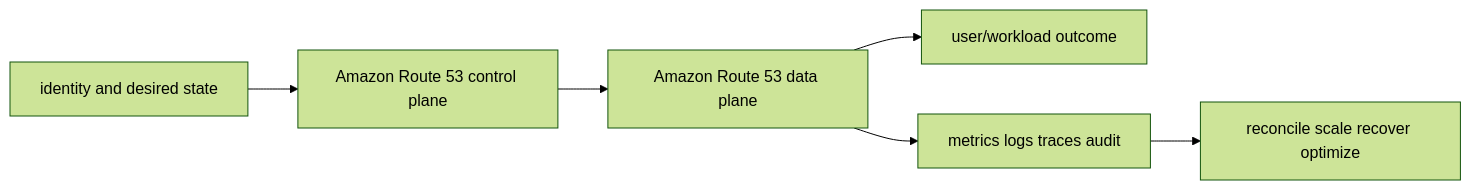
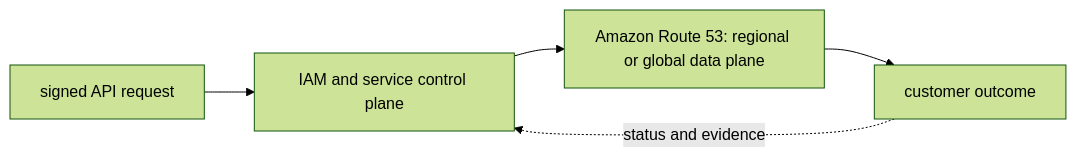
One commit to tomkidumbuyo/DevOps-interview-preparation changed the diagram in 07-aws/02-networking/07-route53/README.md. Above: the diagram before and after it, drawn with Mermaid (forest theme). The commit also changed other lines of this file and 753 other files, not shown here.

````diff
--- a/07-aws/02-networking/07-route53/README.md
+++ b/07-aws/02-networking/07-route53/README.md
@@ -19,8 +31,7 @@
 ```mermaid
 flowchart LR
-  I[identity and desired state] --> C[Amazon Route 53 control plane]
-  C --> D[Amazon Route 53 data plane]
-  D --> U[user/workload outcome]
-  D --> O[metrics logs traces audit]
-  O --> R[reconcile scale recover optimize]
+  A["signed API request"] --> B["IAM and service control plane"]
+  B --> C["Amazon Route 53: regional or global data plane"]
+  C --> D["customer outcome"]
+  D -. "status and evidence" .-> B
 ```
````
